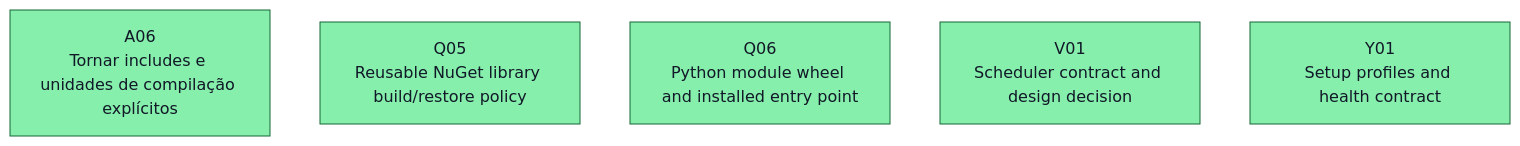
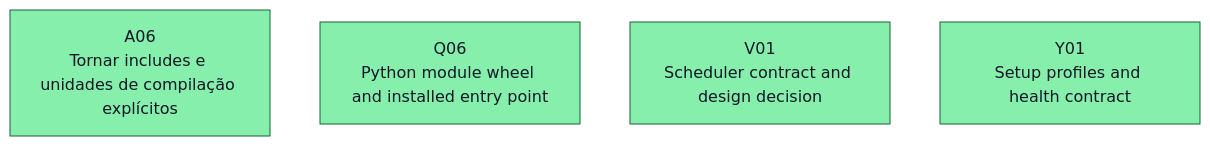
Before and after one commit to ocarizr/spaceraiders: the first of 25 diagrams in docs/task-dependencies.md, drawn with Mermaid (base theme). The commit also changed other lines of this file and 9 other files, not shown here.

First line of the commit message:
build(Q05): add immutable library build and restore policy (nuget) (#18)

````diff
--- a/docs/task-dependencies.md
+++ b/docs/task-dependencies.md
@@ -24,11 +24,10 @@
 ```mermaid
 flowchart TD
     ready_A06["A06<br/>Tornar includes e unidades de compilação explícitos"]:::ready
-    ready_Q05["Q05<br/>Reusable NuGet library build/restore policy"]:::ready
     ready_Q06["Q06<br/>Python module wheel and installed entry point"]:::ready
     ready_V01["V01<br/>Scheduler contract and design decision"]:::ready
     ready_Y01["Y01<br/>Setup profiles and health contract"]:::ready
     classDef pending fill:#ffffff,stroke:#6b7280,color:#111827
     classDef ready fill:#86efac,stroke:#166534,color:#111827
     classDef done fill:#f87171,stroke:#991b1b,color:#111827
 ```
````
